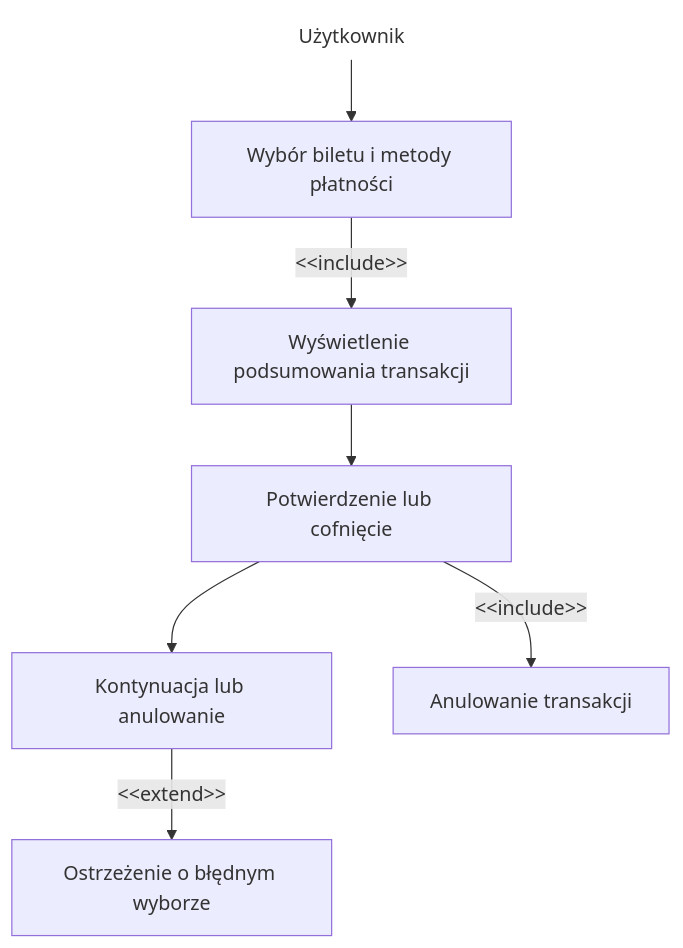
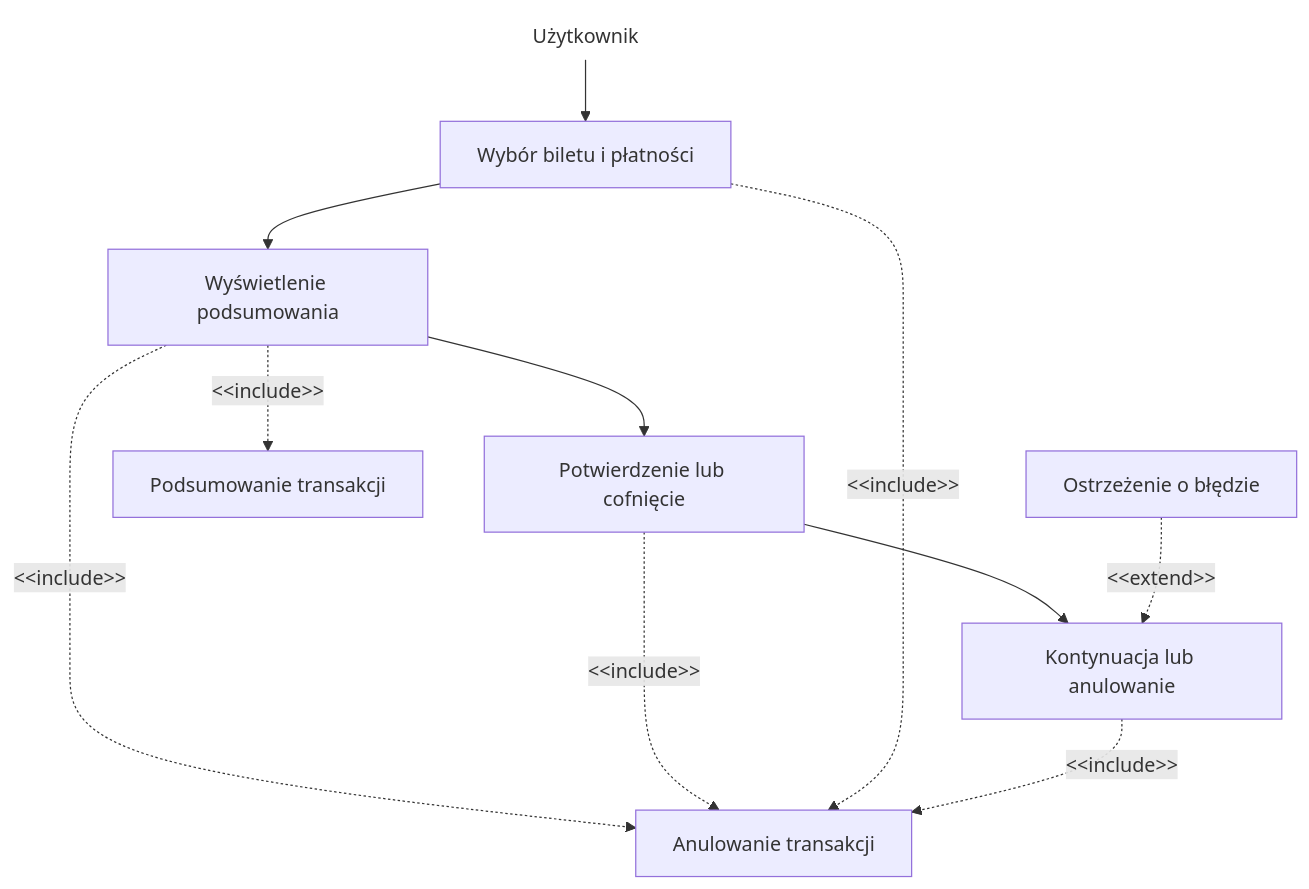
The second of 4 diagrams in uzytkownik.md (RukatM/MWO), drawn with Mermaid before and after one commit. The commit also changed other lines of this file, not shown here.

````diff
--- a/uzytkownik.md
+++ b/uzytkownik.md
@@ -31,11 +37,14 @@
 ``` mermaid
 flowchart TD
-    n1["Użytkownik"] --> A["Wybór biletu i metody płatności"]
-    A -- &lt;&lt;include&gt;&gt; --> B["Wyświetlenie podsumowania transakcji"]
-    B --> C["Potwierdzenie lub cofnięcie"]
+    n1["Użytkownik"] --> A["Wybór biletu i płatności"]
+    B["Wyświetlenie podsumowania<br>"] --> C["Potwierdzenie lub cofnięcie"]
+    B -. "<span style=padding-left:>&lt;&lt;include&gt;&gt;</span>" .-> E["Anulowanie transakcji"] & n2["Podsumowanie transakcji<br>"]
     C --> D["Kontynuacja lub anulowanie"]
-    C -- &lt;&lt;include&gt;&gt; --> E["Anulowanie transakcji"]
-    D -- &lt;&lt;extend&gt;&gt; --> F["Ostrzeżenie o błędnym wyborze"]
-    
+    C -. &lt;&lt;include&gt;&gt; .-> E
+    A --> B
+    A -. "<span style=padding-left:>&lt;&lt;include&gt;&gt;</span>" .-> E
+    D -. "<span style=padding-left:>&lt;&lt;include&gt;&gt;</span>" .-> E
+    F["Ostrzeżenie o błędzie"] -. "<span style=padding-left:>&lt;&lt;extend&gt;&gt;</span>" .-> D
+
     n1@{ shape: text}
  ```
````
